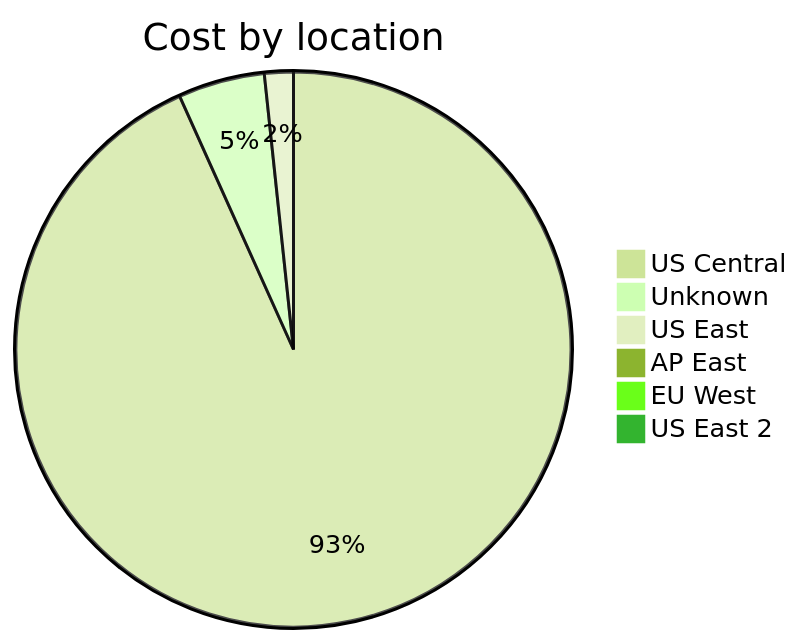
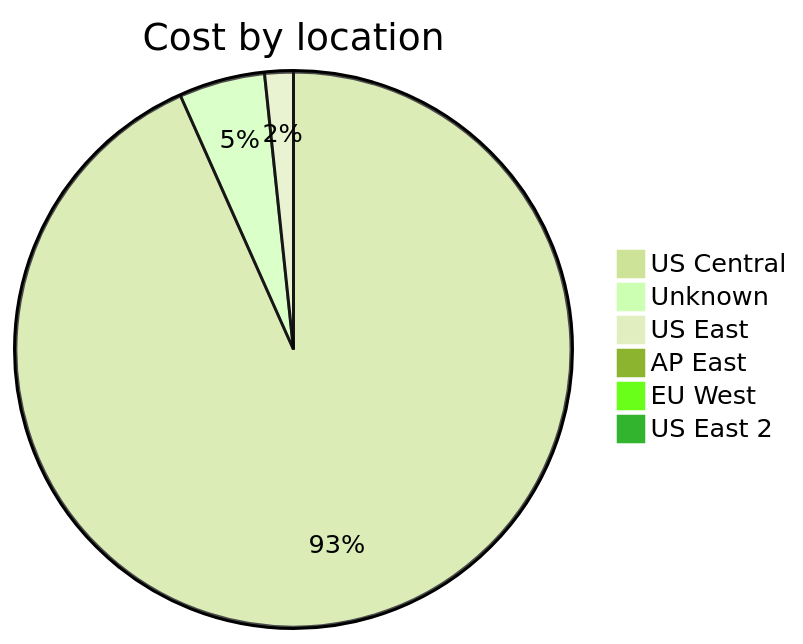
The third of 4 diagrams in cost-reports/accumulated-cost.md (jpfulton/azure-personal-reports), drawn with Mermaid (forest theme) before and after one commit. The commit also changed other lines of this file and 4 other files, not shown here.

````diff
--- a/cost-reports/accumulated-cost.md
+++ b/cost-reports/accumulated-cost.md
@@ -118,10 +118,10 @@
 ```mermaid
 pie
    title Cost by location
-   "US Central" : 1.11
-   "Unknown" : 0.06
-   "US East" : 0.02
+   "US Central" : 1.68
+   "Unknown" : 0.09
+   "US East" : 0.03
    "AP East" : 0.00
    "EU West" : 0.00
    "US East 2" : 0.00
 ```
````
